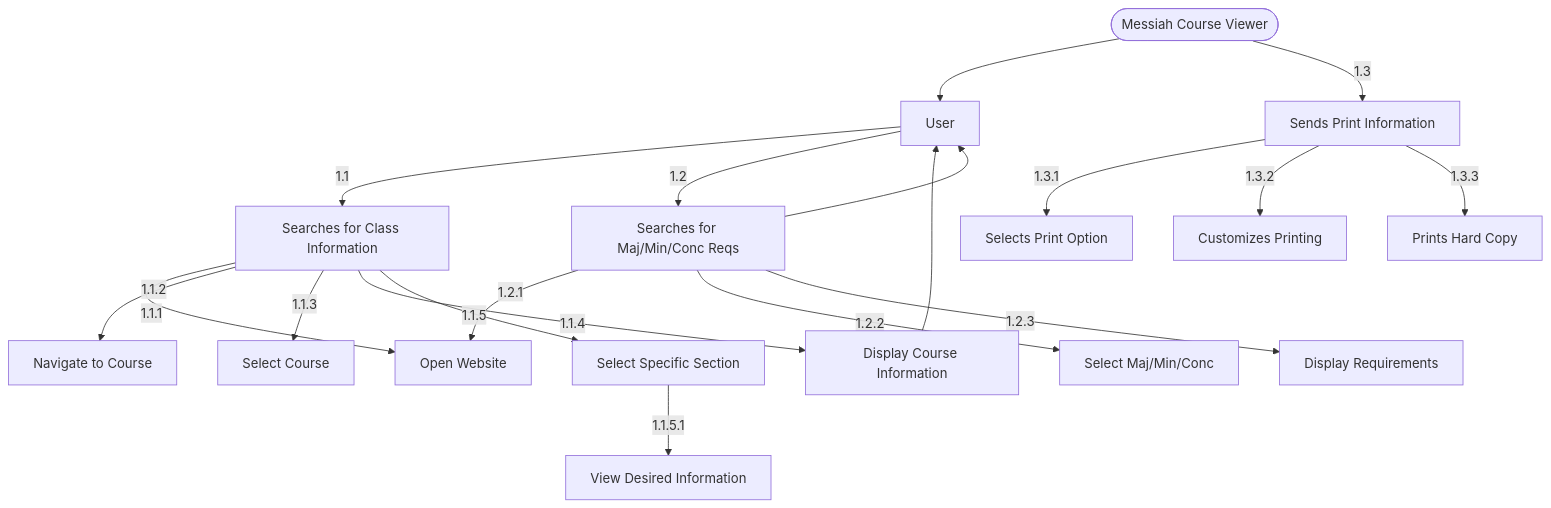
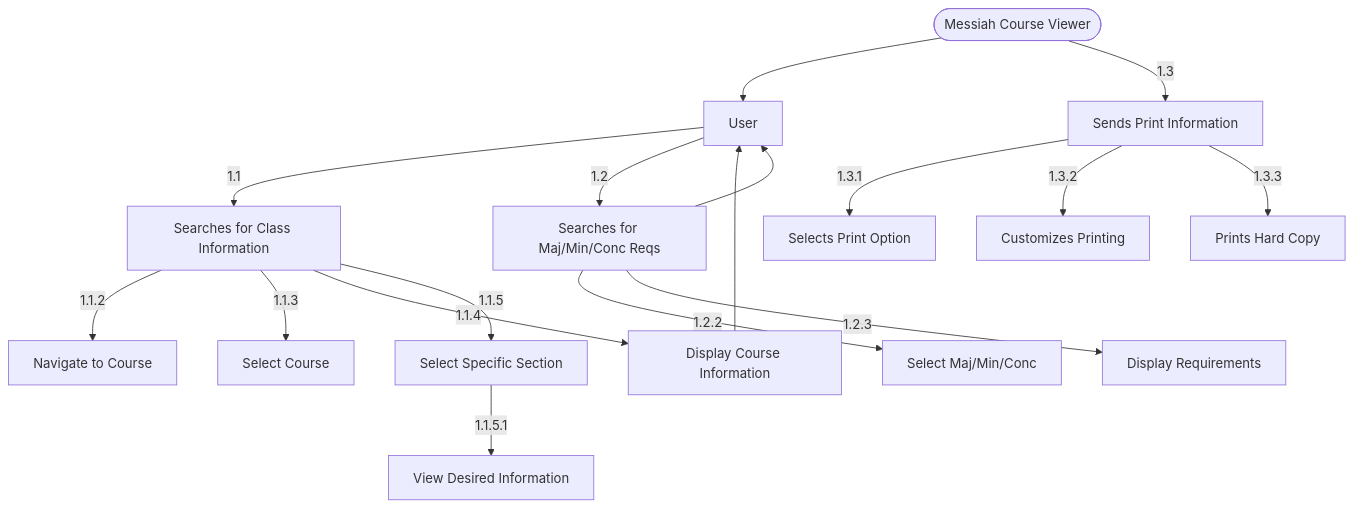
Before and after one commit to NoahBarrall/411Project: the third of 3 diagrams in System_Proposal_411.md, drawn with Mermaid.

Commit message:
Final Push(I hope)

````diff
--- a/System_Proposal_411.md
+++ b/System_Proposal_411.md
@@ -240,27 +240,25 @@
 ```mermaid
 flowchart TD;
     A([Messiah Course Viewer])
     B[User];
     B -->|1.1| C[Searches for Class Information];
     B -->|1.2| P[Searches for Maj/Min/Conc Reqs];
-    C -->|1.1.1| D[Open Website];
     C -->|1.1.2| E[Navigate to Course];
     C -->|1.1.3| F[Select Course];
     C -->|1.1.4| G[Display Course Information];
     A --> B;
     G --> B;
     C -->|1.1.5| H[Select Specific Section];
     H -->|1.1.5.1| I[View Desired Information];
     A -->|1.3| L[Sends Print Information];
     L -->|1.3.1| M[Selects Print Option];
     L -->|1.3.2| N[Customizes Printing];
     L -->|1.3.3| O[Prints Hard Copy];
-    P -->|1.2.1| D
     P -->|1.2.2| Q[Select Maj/Min/Conc];
     P -->|1.2.3| R[Display Requirements];
     P --> B;
 
 
 
 
 ```
````
